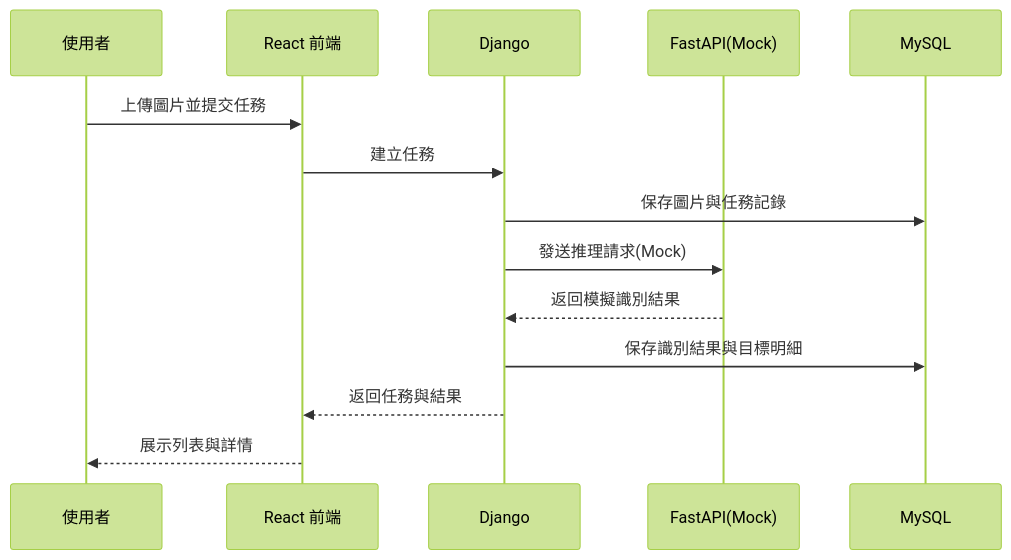
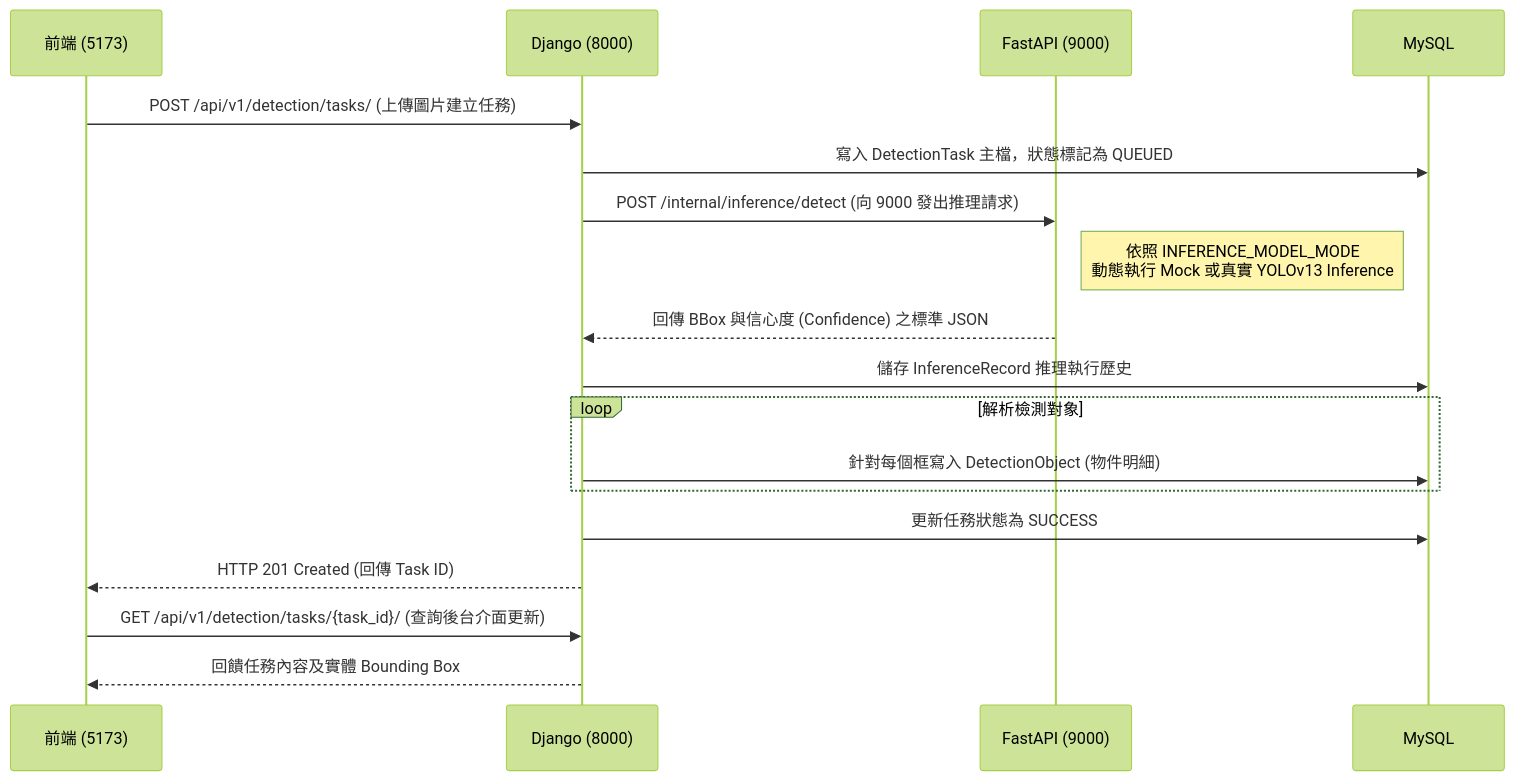
Before and after one commit to JensonLohTW/YOLOv13-RainFog-Detection: the second of 2 diagrams in docs/01-system-design.md, drawn with Mermaid (forest theme). The commit also changed other lines of this file and 5 other files, not shown here.

````diff
--- a/docs/01-system-design.md
+++ b/docs/01-system-design.md
@@ -318,17 +71,24 @@
 ```mermaid
 sequenceDiagram
-    participant U as 使用者
-    participant FE as React 前端
-    participant DJ as Django
-    participant FS as FastAPI(Mock)
+    participant FE as 前端 (5173)
+    participant DJ as Django (8000)
+    participant FA as FastAPI (9000)
     participant DB as MySQL
-
-    U->>FE: 上傳圖片並提交任務
-    FE->>DJ: 建立任務
-    DJ->>DB: 保存圖片與任務記錄
-    DJ->>FS: 發送推理請求(Mock)
-    FS-->>DJ: 返回模擬識別結果
-    DJ->>DB: 保存識別結果與目標明細
-    DJ-->>FE: 返回任務與結果
-    FE-->>U: 展示列表與詳情
+    
+    FE->>DJ: POST /api/v1/detection/tasks/ (上傳圖片建立任務)
+    DJ->>DB: 寫入 DetectionTask 主檔，狀態標記為 QUEUED
+    DJ->>FA: POST /internal/inference/detect (向 9000 發出推理請求)
+    
+    Note right of FA: 依照 INFERENCE_MODEL_MODE<br/>動態執行 Mock 或真實 YOLOv13 Inference
+    
+    FA-->>DJ: 回傳 BBox 與信心度 (Confidence) 之標準 JSON
+    DJ->>DB: 儲存 InferenceRecord 推理執行歷史
+    loop 解析檢測對象
+        DJ->>DB: 針對每個框寫入 DetectionObject (物件明細)
+    end
+    DJ->>DB: 更新任務狀態為 SUCCESS
+    DJ-->>FE: HTTP 201 Created (回傳 Task ID)
+    
+    FE->>DJ: GET /api/v1/detection/tasks/{task_id}/ (查詢後台介面更新)
+    DJ-->>FE: 回饋任務內容及實體 Bounding Box
 ```
````
